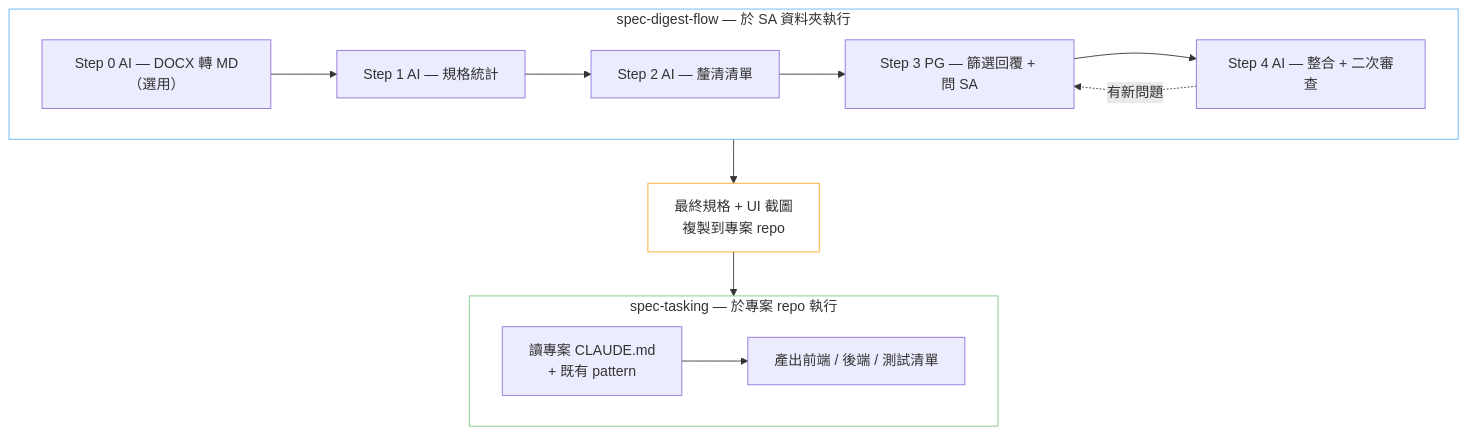
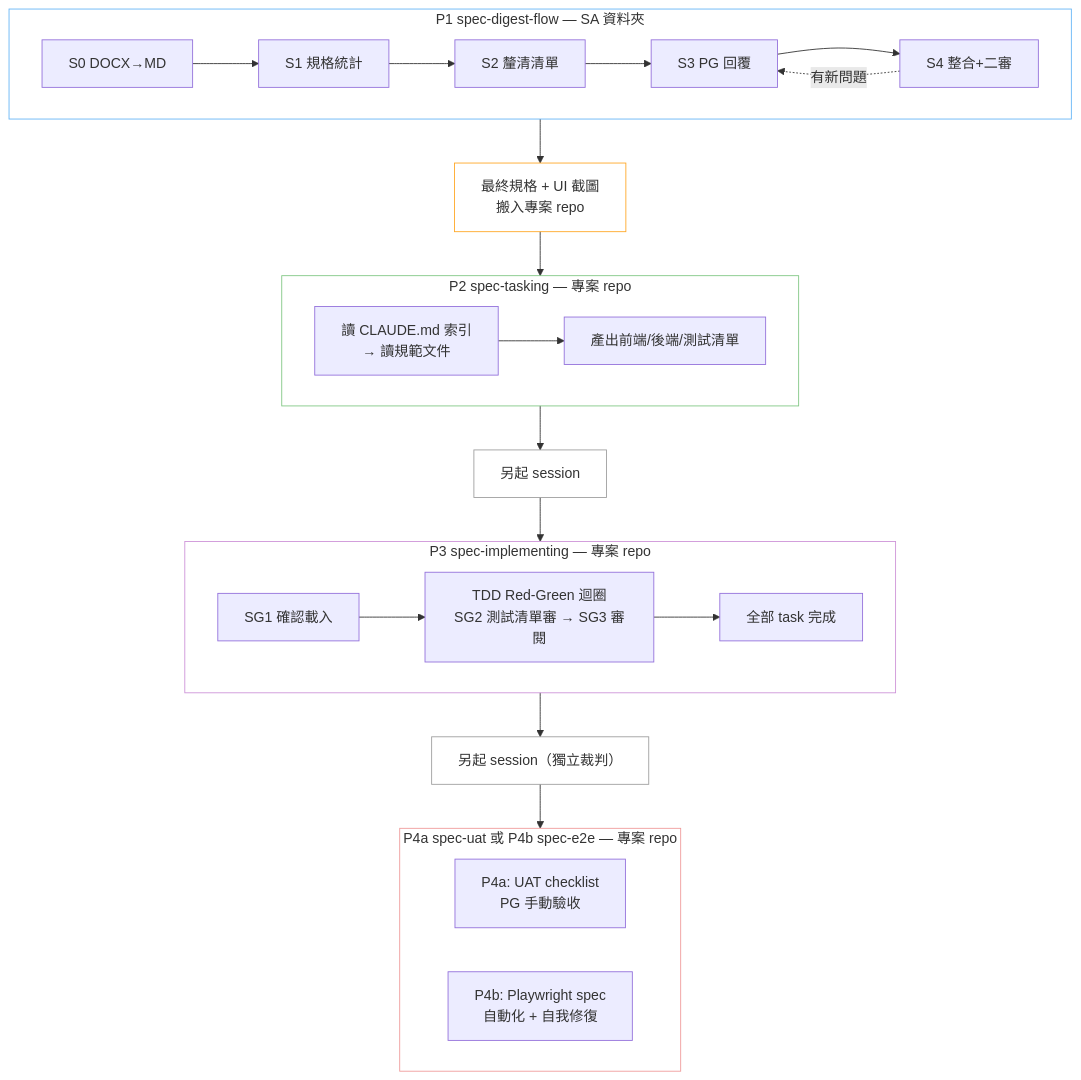
The first of 2 diagrams in README.md (brahmsfan-soetek/AiCoding), drawn with Mermaid before and after one commit. The commit also changed other lines of this file and 16 other files, not shown here.

````diff
--- a/README.md
+++ b/README.md
@@ -32,28 +48,50 @@
 ```mermaid
 graph TD
-    subgraph DIGEST["spec-digest-flow — 於 SA 資料夾執行"]
+    subgraph P1["P1 spec-digest-flow — SA 資料夾"]
         direction LR
-        S0["Step 0 AI — DOCX 轉 MD（選用）"]
-        S1["Step 1 AI — 規格統計"]
-        S2["Step 2 AI — 釐清清單"]
-        S3["Step 3 PG — 篩選回覆 + 問 SA"]
-        S4["Step 4 AI — 整合 + 二次審查"]
+        S0["S0 DOCX→MD"]
+        S1["S1 規格統計"]
+        S2["S2 釐清清單"]
+        S3["S3 PG 回覆"]
+        S4["S4 整合+二審"]
         S0 --> S1 --> S2 --> S3 --> S4
         S4 -.有新問題.-> S3
     end
 
-    HANDOFF["最終規格 + UI 截圖<br/>複製到專案 repo"]
+    HANDOFF["最終規格 + UI 截圖<br/>搬入專案 repo"]
 
-    subgraph TASKING["spec-tasking — 於專案 repo 執行"]
+    subgraph P2["P2 spec-tasking — 專案 repo"]
         direction LR
-        T1["讀專案 CLAUDE.md<br/>+ 既有 pattern"]
-        T2["產出前端 / 後端 / 測試清單"]
+        T1["讀 CLAUDE.md 索引<br/>→ 讀規範文件"]
+        T2["產出前端/後端/測試清單"]
         T1 --> T2
     end
 
-    DIGEST --> HANDOFF --> TASKING
+    SESSION1["另起 session"]
 
-    style DIGEST fill:none,stroke:#64b5f6
+    subgraph P3["P3 spec-implementing — 專案 repo"]
+        direction LR
+        I1["SG1 確認載入"]
+        I2["TDD Red-Green 迴圈<br/>SG2 測試清單審 → SG3 審閱"]
+        I3["全部 task 完成"]
+        I1 --> I2 --> I3
+    end
+
+    SESSION2["另起 session（獨立裁判）"]
+
+    subgraph P4["P4a spec-uat 或 P4b spec-e2e — 專案 repo"]
+        direction LR
+        U1["P4a: UAT checklist<br/>PG 手動驗收"]
+        U2["P4b: Playwright spec<br/>自動化 + 自我修復"]
+    end
+
+    P1 --> HANDOFF --> P2 --> SESSION1 --> P3 --> SESSION2 --> P4
+
+    style P1 fill:none,stroke:#64b5f6
     style HANDOFF fill:none,stroke:#ffa726
-    style TASKING fill:none,stroke:#81c784
+    style P2 fill:none,stroke:#81c784
+    style SESSION1 fill:none,stroke:#9e9e9e
+    style P3 fill:none,stroke:#ce93d8
+    style SESSION2 fill:none,stroke:#9e9e9e
+    style P4 fill:none,stroke:#ef9a9a
 ```
````
